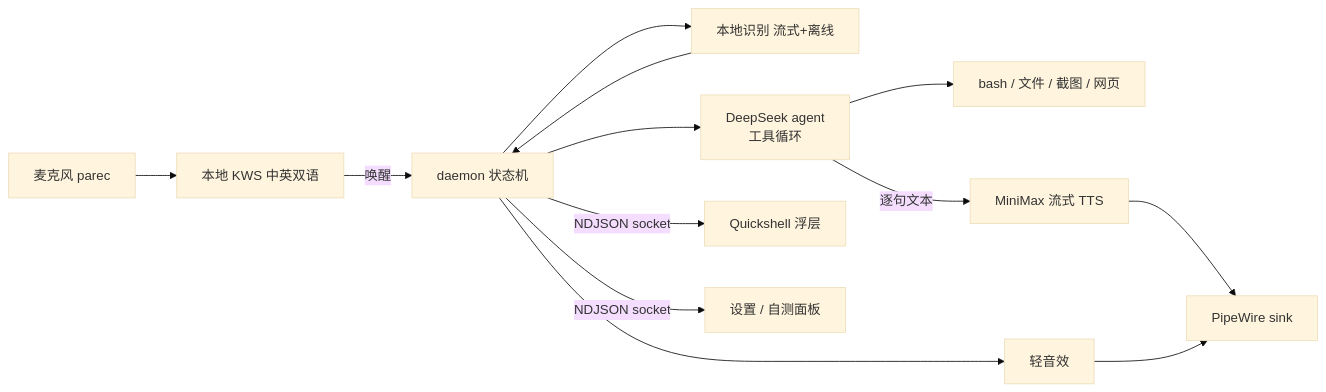
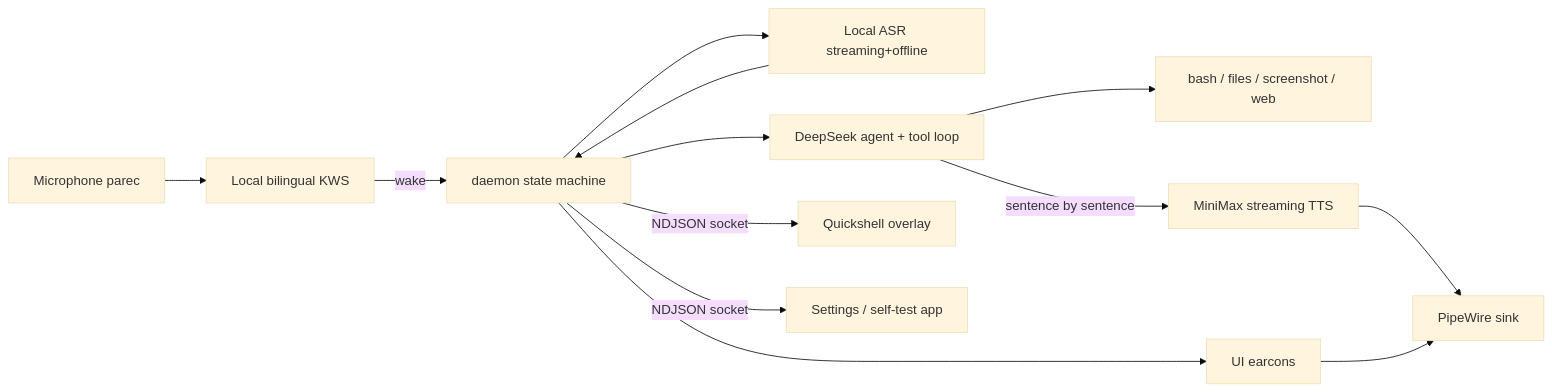
Before and after one commit to muzapar00/figaro: the diagram in README.md, drawn with Mermaid (base theme). The commit also changed other lines of this file and 4 other files, not shown here.

````diff
--- a/README.md
+++ b/README.md
@@ -102,15 +106,15 @@
 ```mermaid
 flowchart LR
-    Mic[麦克风 parec] --> KWS[本地 KWS 中英双语]
-    KWS -->|唤醒| D[daemon 状态机]
-    D --> ASR[本地识别 流式+离线]
+    Mic[Microphone parec] --> KWS[Local bilingual KWS]
+    KWS -->|wake| D[daemon state machine]
+    D --> ASR[Local ASR streaming+offline]
     ASR --> D
-    D --> Brain[DeepSeek agent<br/>工具循环]
-    Brain --> Tools[bash / 文件 / 截图 / 网页]
-    Brain -->|逐句文本| TTS[MiniMax 流式 TTS]
+    D --> Brain[DeepSeek agent + tool loop]
+    Brain --> Tools[bash / files / screenshot / web]
+    Brain -->|sentence by sentence| TTS[MiniMax streaming TTS]
     TTS --> Sink[PipeWire sink]
-    D --> SFX[轻音效]
+    D --> SFX[UI earcons]
     SFX --> Sink
-    D -->|NDJSON socket| UI[Quickshell 浮层]
-    D -->|NDJSON socket| Settings[设置 / 自测面板]
+    D -->|NDJSON socket| UI[Quickshell overlay]
+    D -->|NDJSON socket| Settings[Settings / self-test app]
 ```
````
